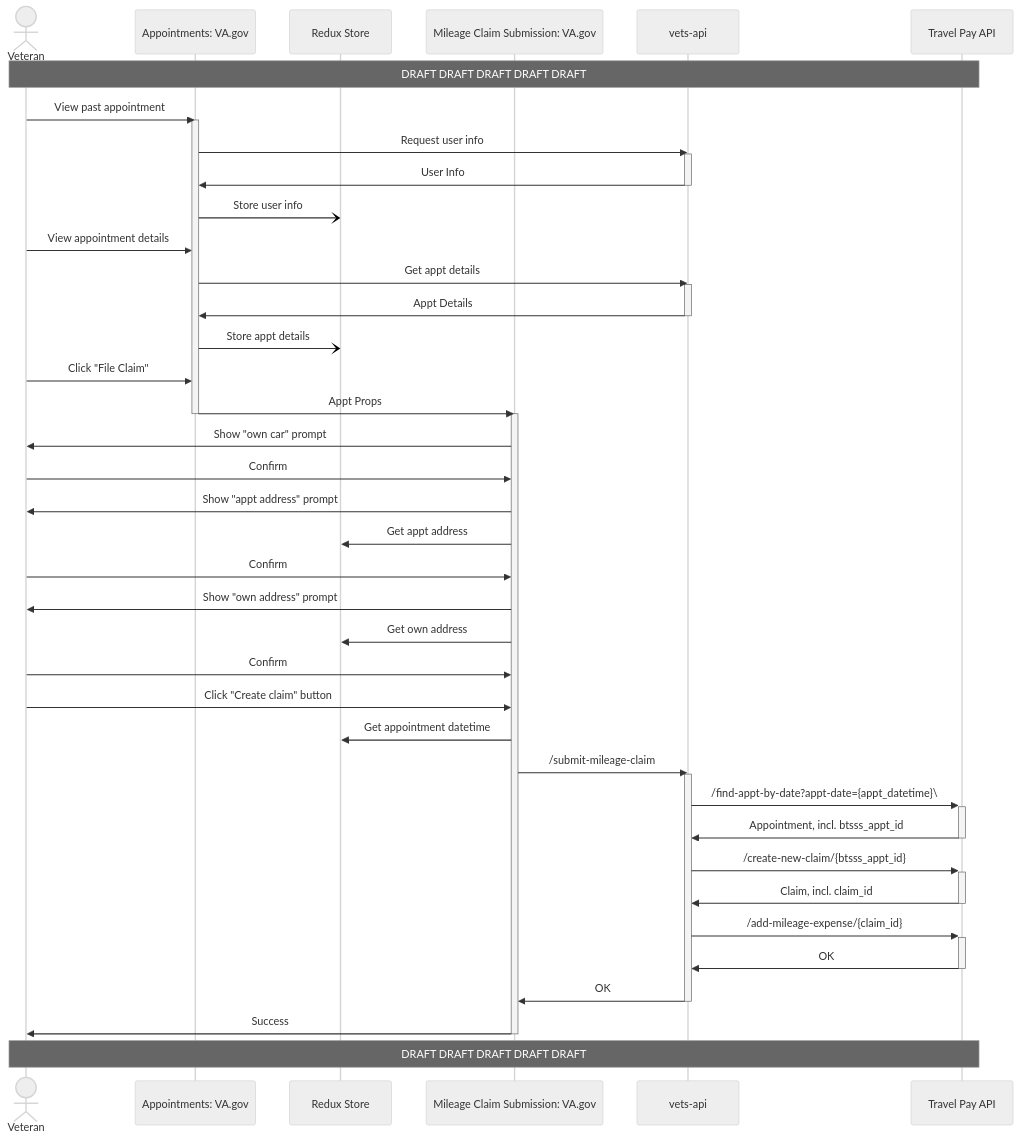
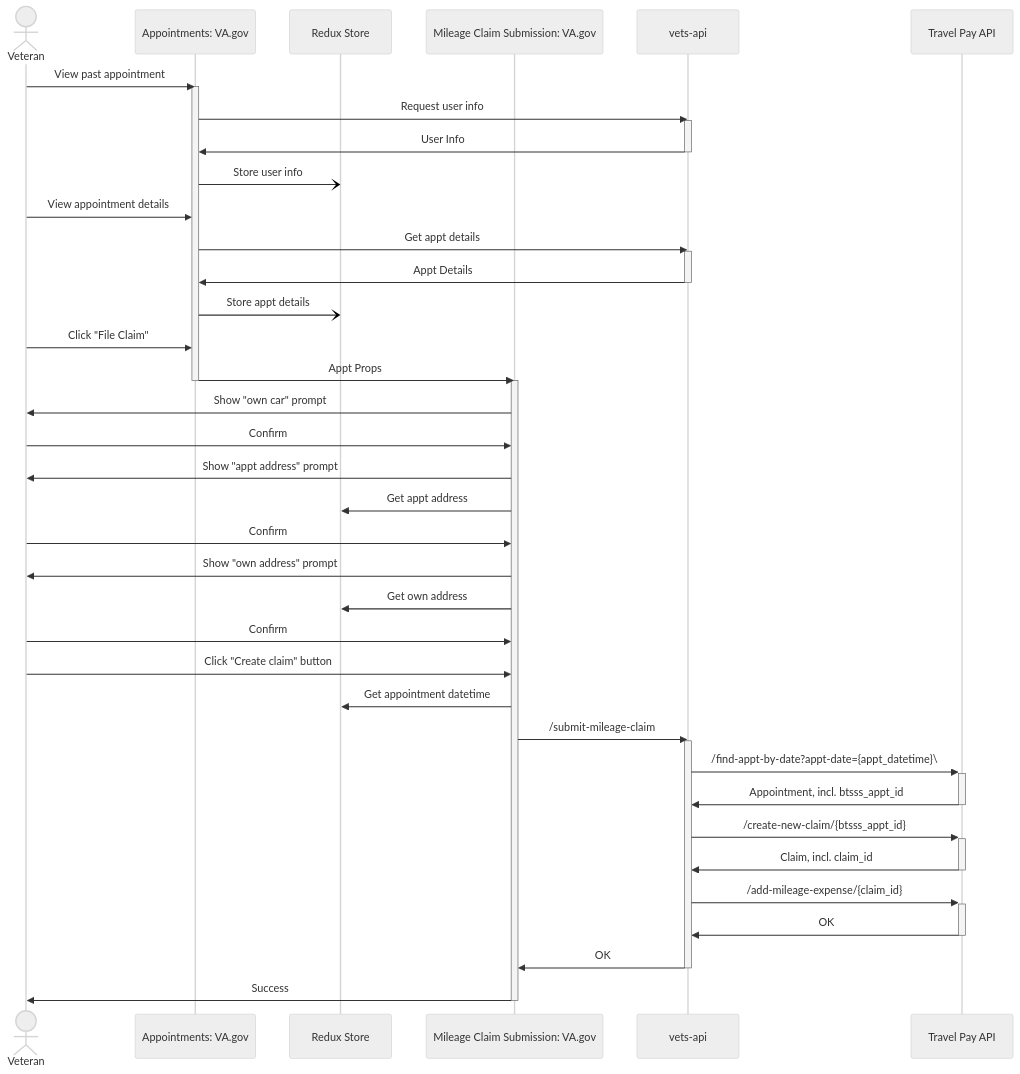
One commit to department-of-veterans-affairs/va.gov-team changed the first of 5 diagrams in products/health-care/beneficiary-travel/engineering/high-level-sequence.md. Above: the diagram before and after it, drawn with Mermaid (neutral theme). The commit also changed other lines of this file, not shown here.

````diff
--- a/products/health-care/beneficiary-travel/engineering/high-level-sequence.md
+++ b/products/health-care/beneficiary-travel/engineering/high-level-sequence.md
@@ -1,75 +3,70 @@
 ```mermaid
 sequenceDiagram
-  
   actor vet as Veteran
   participant appts as Appointments: VA.gov
   participant redux as Redux Store
   participant smoc as Mileage Claim Submission: VA.gov
   participant vapi as vets-api
   participant tpapi as Travel Pay API
-
-  Note over vet,tpapi: DRAFT DRAFT DRAFT DRAFT DRAFT
 
   vet ->> appts: View past appointment
   activate appts
     appts ->> vapi: Request user info
     
     activate vapi
       vapi ->> appts: User Info
     deactivate vapi
 
     appts -) redux: Store user info
     
     vet ->> appts: View appointment details
     appts ->> vapi: Get appt details
     
     activate vapi
       vapi ->> appts: Appt Details
     deactivate vapi
 
     appts -) redux: Store appt details
 
     vet ->> appts: Click "File Claim"
 
     appts ->> smoc: Appt Props
 
   deactivate appts
 
   activate smoc
     smoc ->> vet: Show "own car" prompt
     vet ->> smoc: Confirm
 
     smoc ->> vet: Show "appt address" prompt
     smoc ->> redux: Get appt address
     vet ->> smoc: Confirm
 
     smoc ->> vet: Show "own address" prompt
     smoc ->> redux: Get own address
     vet ->> smoc: Confirm
 
     vet ->> smoc: Click "Create claim" button
     smoc ->> redux: Get appointment datetime
     smoc ->> vapi: /submit-mileage-claim
 
     %% Should this all be transactional? E.g. what happens
     %% when a claim is created, but mileage expense creation
     %% fails? Delete the claim? Try mileage add again, then
     %% roll back? Does the API handle this already?
     activate vapi
       vapi ->>+ tpapi: /find-appt-by-date?appt-date={appt_datetime}\
       tpapi ->>- vapi: Appointment, incl. btsss_appt_id
 
       vapi ->>+ tpapi: /create-new-claim/{btsss_appt_id}
       tpapi ->>- vapi: Claim, incl. claim_id
 
       vapi ->>+ tpapi: /add-mileage-expense/{claim_id}
       tpapi ->>- vapi: OK
 
       vapi ->> smoc: OK
     deactivate vapi
 
     smoc ->> vet: Success
   deactivate smoc
-
-Note over vet,tpapi: DRAFT DRAFT DRAFT DRAFT DRAFT
 ```
````
